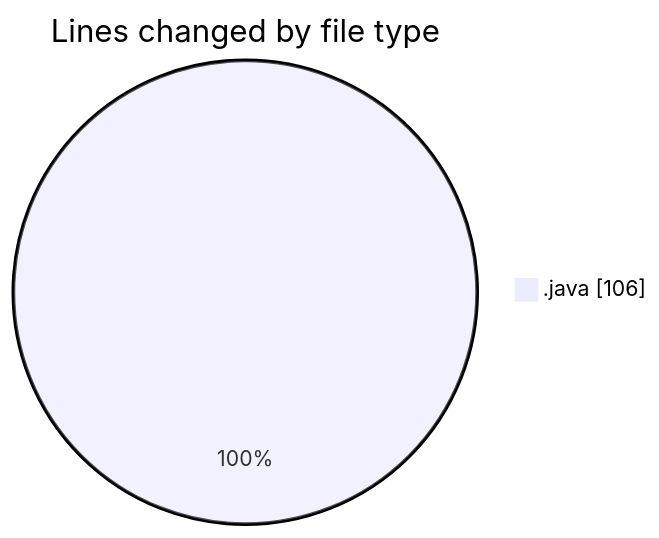
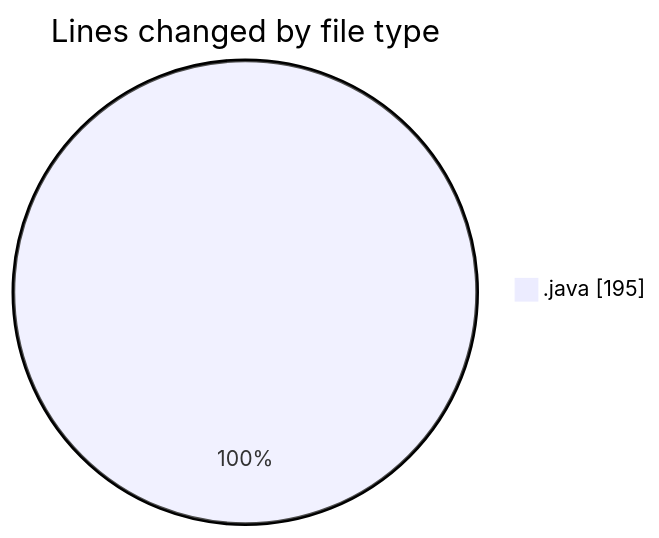
One commit to NitaiMahat/code-tracking changed the first of 2 diagrams in 2025-02-27/project1/README.md. Above: the diagram before and after it, drawn with Mermaid. The commit also changed other lines of this file and 1 other file, not shown here.

````diff
--- a/2025-02-27/project1/README.md
+++ b/2025-02-27/project1/README.md
@@ -20,5 +20,5 @@
 ```mermaid
 pie showData
 title Lines changed by file type
-".java" : 106
+".java" : 195
 ```
````
